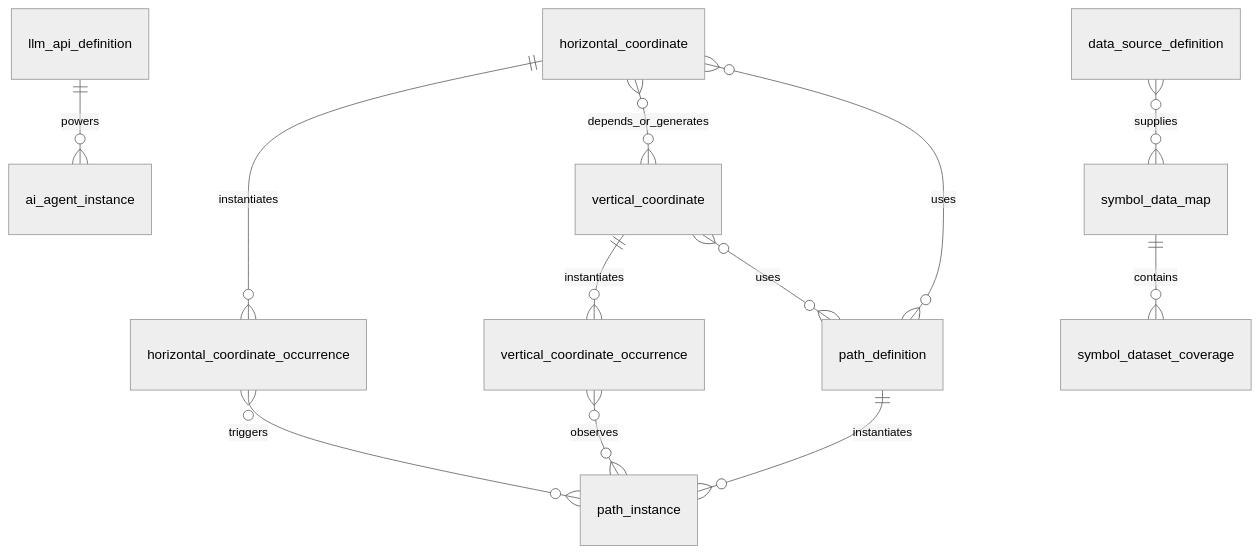
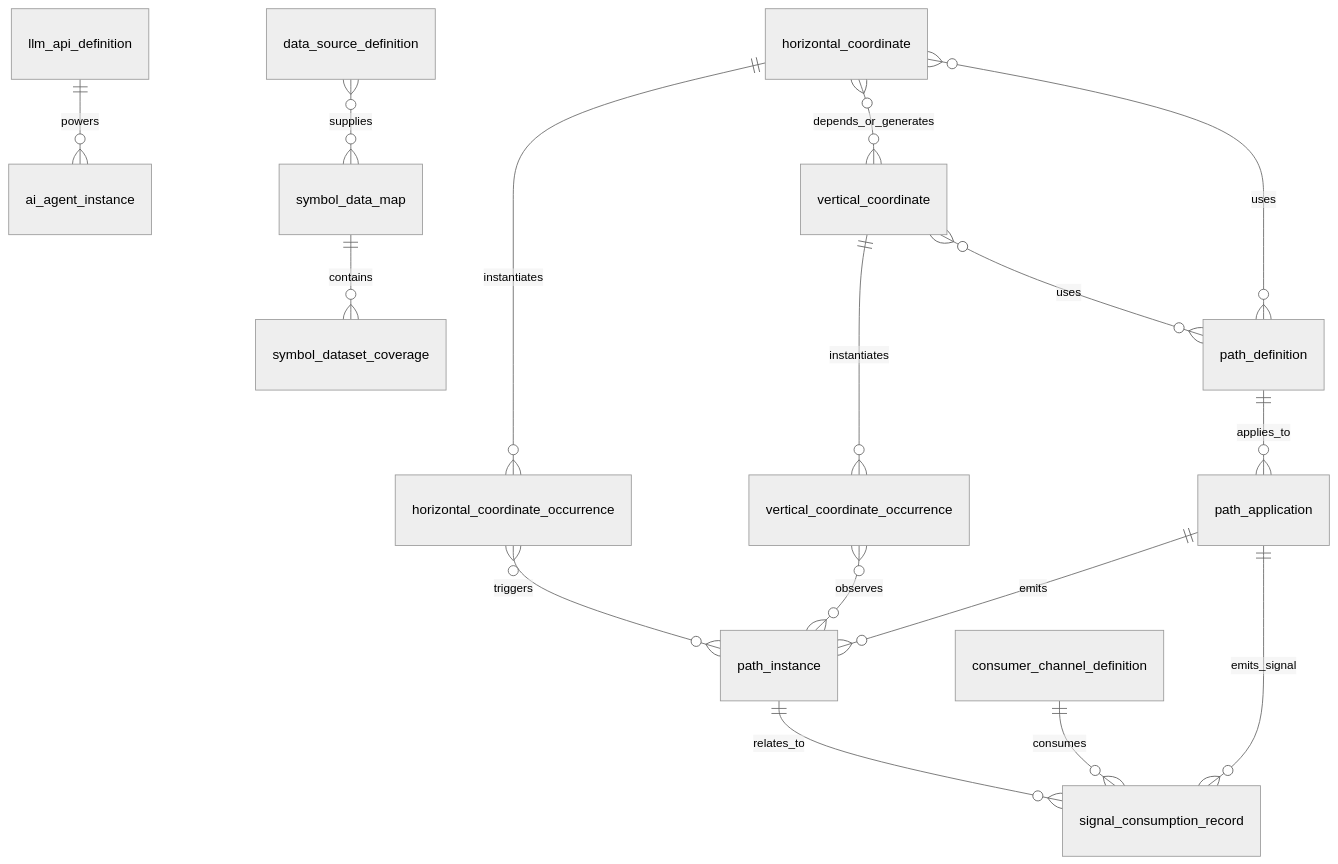
The diagram in ENTITY_SPEC.md (weaver312/NavigatorInvest), drawn with Mermaid (neutral theme) before and after one commit. The commit also changed other lines of this file and 9 other files, not shown here.

Commit message:
Add signal consumer channels

````diff
--- a/ENTITY_SPEC.md
+++ b/ENTITY_SPEC.md
@@ -18,14 +19,18 @@
 ```mermaid
 erDiagram
   horizontal_coordinate ||--o{ horizontal_coordinate_occurrence : instantiates
   vertical_coordinate ||--o{ vertical_coordinate_occurrence : instantiates
   horizontal_coordinate }o--o{ vertical_coordinate : "depends_or_generates"
-  path_definition ||--o{ path_instance : instantiates
+  path_definition ||--o{ path_application : applies_to
+  path_application ||--o{ path_instance : emits
+  consumer_channel_definition ||--o{ signal_consumption_record : consumes
+  path_application ||--o{ signal_consumption_record : emits_signal
+  path_instance ||--o{ signal_consumption_record : relates_to
   horizontal_coordinate }o--o{ path_definition : uses
   vertical_coordinate }o--o{ path_definition : uses
   horizontal_coordinate_occurrence }o--o{ path_instance : triggers
   vertical_coordinate_occurrence }o--o{ path_instance : observes
   llm_api_definition ||--o{ ai_agent_instance : powers
   data_source_definition }o--o{ symbol_data_map : supplies
   symbol_data_map ||--o{ symbol_dataset_coverage : contains
 ```
````
